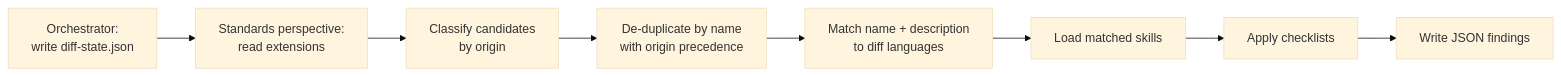
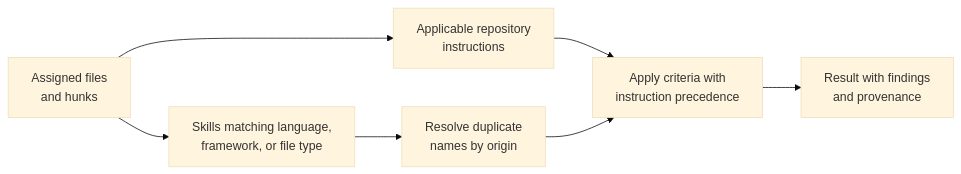
The first of 2 diagrams in docs/agents/code-review/language-skills.md (microsoft/hve-core), drawn with Mermaid (base theme) before and after one commit. The commit also changed other lines of this file and 34 other files, not shown here.

````diff
--- a/docs/agents/code-review/language-skills.md
+++ b/docs/agents/code-review/language-skills.md
@@ -30,12 +30,11 @@
 ```mermaid
 flowchart LR
-  accTitle: Standards Perspective Skill Loading Pipeline
-  accDescr: The orchestrator writes diff state, the Standards perspective matches changed extensions to skills, loads and applies their checklists, and writes findings.
-  A["Orchestrator:<br/>write diff-state.json"] --> B["Standards perspective:<br/>read extensions"]
-  B --> C["Classify candidates<br/>by origin"]
-  C --> G["De-duplicate by name<br/>with origin precedence"]
-  G --> H["Match name + description<br/>to diff languages"]
-  H --> D["Load matched skills"]
-  D --> E["Apply checklists"]
-  E --> F["Write JSON findings"]
+  accTitle: Standards criteria selection
+  accDescr: The standards perspective reads its assigned changes, gathers applicable repository instructions and matching skills with their origins, resolves duplicate skill names and conflicts, applies the criteria, and writes a result that records each criterion's source.
+  A["Assigned files<br/>and hunks"] --> B["Applicable repository<br/>instructions"]
+  A --> C["Skills matching language,<br/>framework, or file type"]
+  C --> D["Resolve duplicate<br/>names by origin"]
+  B --> E["Apply criteria with<br/>instruction precedence"]
+  D --> E
+  E --> F["Result with findings<br/>and provenance"]
 ```
````
